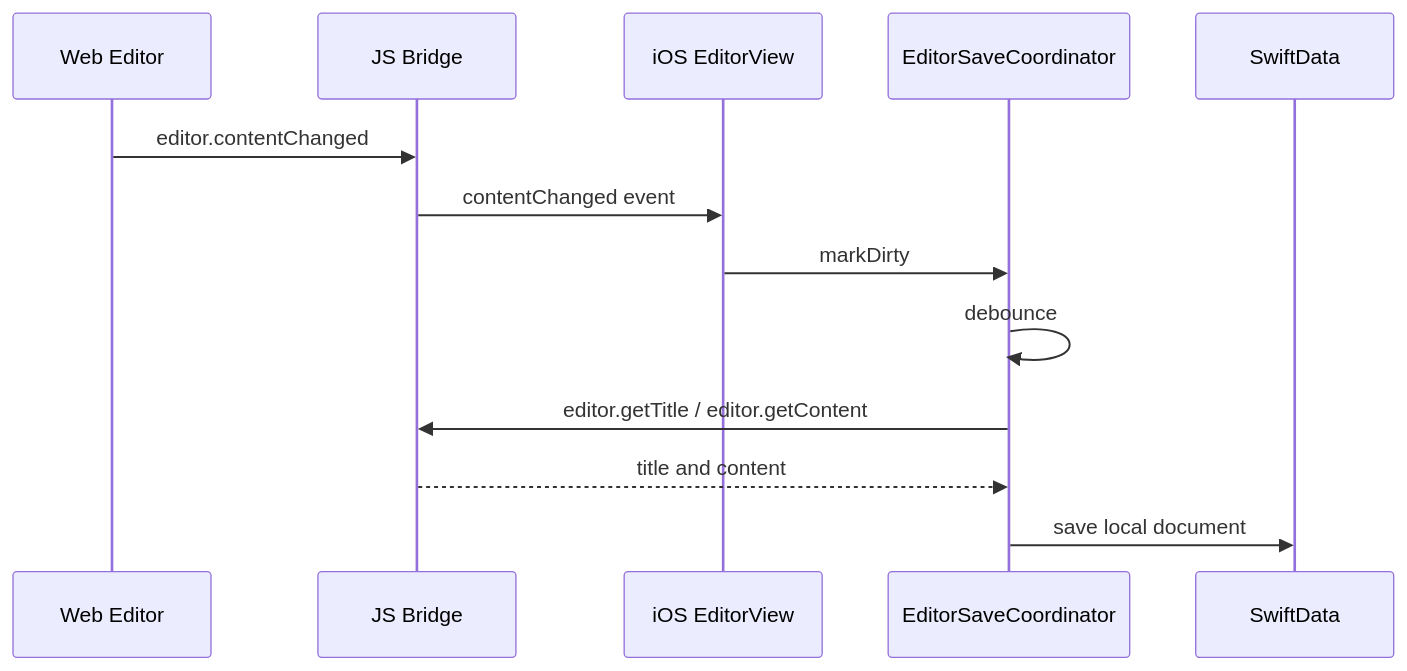
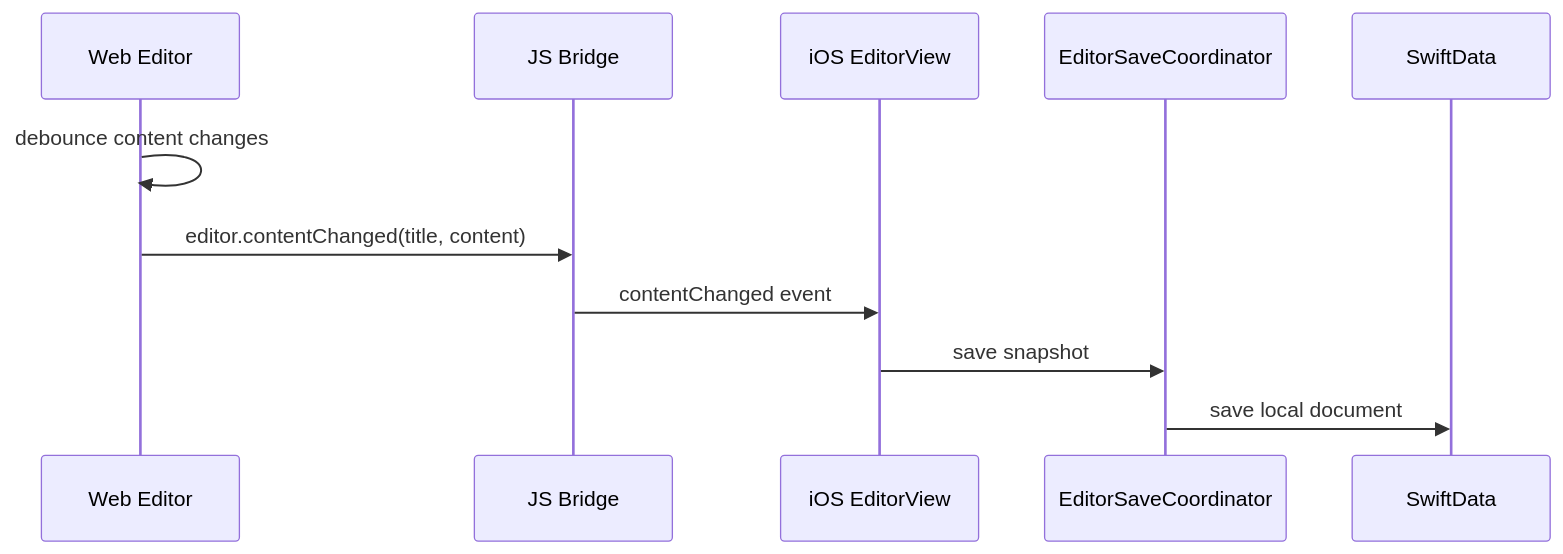
The fourth of 4 diagrams in docs/js-bridge-design.md (WeMadeCode/nsdoc), drawn with Mermaid before and after one commit. The commit also changed other lines of this file and 15 other files, not shown here.

Commit message:
Refactor autosave to push Web content snapshots

````diff
--- a/docs/js-bridge-design.md
+++ b/docs/js-bridge-design.md
@@ -524,16 +529,14 @@
 ```mermaid
 sequenceDiagram
     participant Web as Web Editor
     participant Bridge as JS Bridge
     participant IOS as iOS EditorView
     participant Save as EditorSaveCoordinator
     participant Store as SwiftData
 
-    Web->>Bridge: editor.contentChanged
+    Web->>Web: debounce content changes
+    Web->>Bridge: editor.contentChanged(title, content)
     Bridge->>IOS: contentChanged event
-    IOS->>Save: markDirty
-    Save->>Save: debounce
-    Save->>Bridge: editor.getTitle / editor.getContent
-    Bridge-->>Save: title and content
+    IOS->>Save: save snapshot
     Save->>Store: save local document
 ```
````
